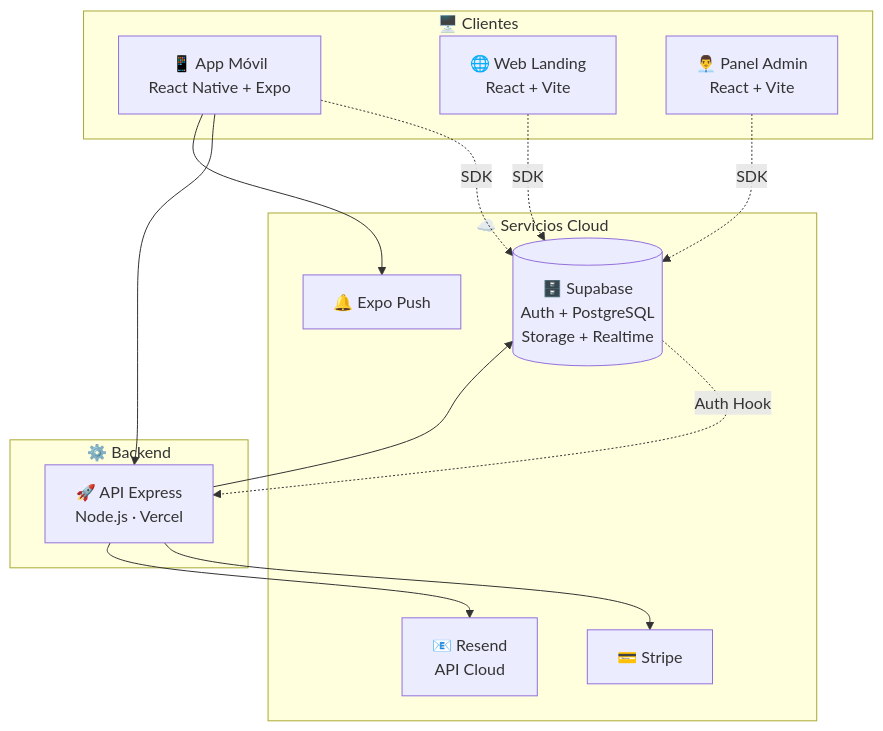
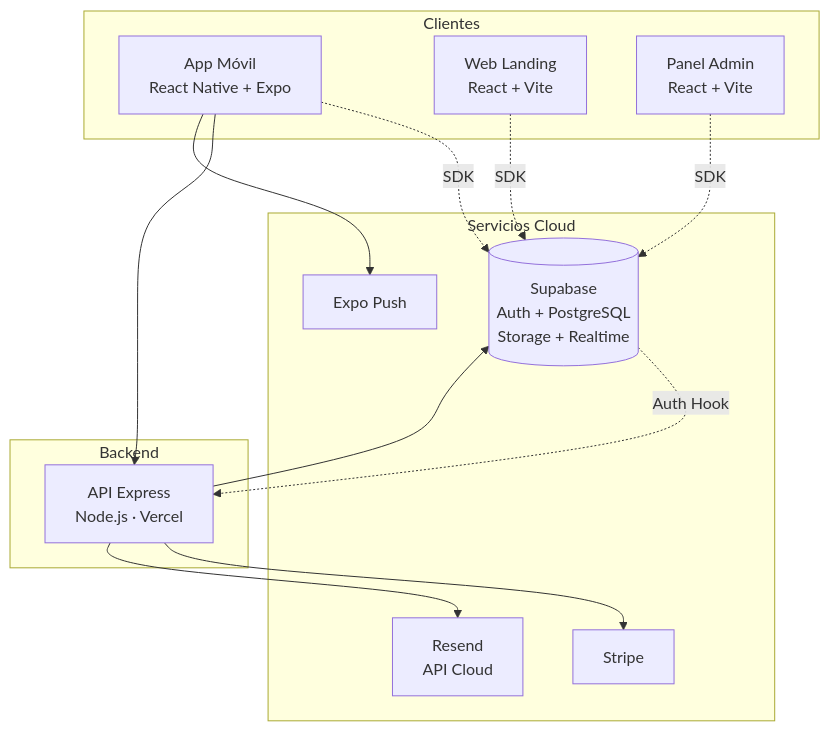
Before and after one commit to msabbar02/PawMate: the second of 16 diagrams in docstecnica.md, drawn with Mermaid. The commit also changed other lines of this file and 32 other files, not shown here.

Commit message:
Refactor UI elements in VerifyOwnerScreen to remove emojis, enhance logging in logger.js, and update README files for server and web with formatting improvements and minor content adjustments.

````diff
--- a/docstecnica.md
+++ b/docstecnica.md
@@ -61,29 +61,29 @@
 ```mermaid
 flowchart TB
-    subgraph Clients["🖥️ Clientes"]
-        Mobile[📱 App Móvil<br/>React Native + Expo]
-        Web[🌐 Web Landing<br/>React + Vite]
-        Admin[👨‍💼 Panel Admin<br/>React + Vite]
+    subgraph Clients[" Clientes"]
+        Mobile[App Móvil<br/>React Native + Expo]
+        Web[Web Landing<br/>React + Vite]
+        Admin[Panel Admin<br/>React + Vite]
     end
 
-    subgraph Backend["⚙️ Backend"]
-        Server[🚀 API Express<br/>Node.js · Vercel]
+    subgraph Backend[" Backend"]
+        Server[API Express<br/>Node.js · Vercel]
     end
 
-    subgraph Cloud["☁️ Servicios Cloud"]
-        Supabase[(🗄️ Supabase<br/>Auth + PostgreSQL<br/>Storage + Realtime)]
-        Stripe[💳 Stripe]
-        Resend[📧 Resend<br/>API Cloud]
-        Expo[🔔 Expo Push]
+    subgraph Cloud[" Servicios Cloud"]
+        Supabase[( Supabase<br/>Auth + PostgreSQL<br/>Storage + Realtime)]
+        Stripe[Stripe]
+        Resend[Resend<br/>API Cloud]
+        Expo[Expo Push]
     end
 
     Mobile -.SDK.-> Supabase
     Web -.SDK.-> Supabase
     Admin -.SDK.-> Supabase
     Mobile --> Server
     Server --> Supabase
     Server --> Stripe
     Server --> Resend
     Mobile --> Expo
     Supabase -.Auth Hook.-> Server
 ```
````
